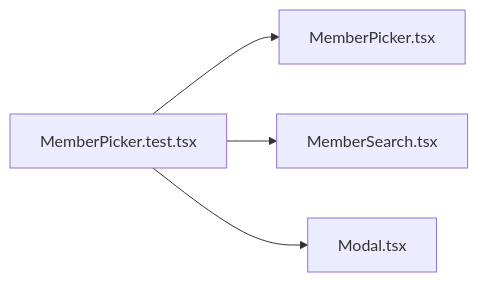
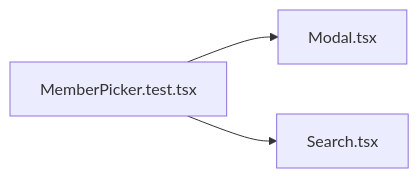
One commit to minkong-dev/Banblit changed the diagram in .cluedoc/graph/frontend/src/components/MemberPicker.test.md. Above: the diagram before and after it, drawn with Mermaid. The commit also changed other lines of this file and 78 other files, not shown here.

Commit message:
frontend: merge single-function files into Board, Profile, Search, controls, loading and pipeline

````diff
--- a/.cluedoc/graph/frontend/src/components/MemberPicker.test.md
+++ b/.cluedoc/graph/frontend/src/components/MemberPicker.test.md
@@ -10,7 +10,6 @@
 ```mermaid
 flowchart LR
   frontend_src_components_MemberPicker_test["MemberPicker.test.tsx"]
-  frontend_src_components_MemberPicker_test --> frontend_src_components_MemberPicker["MemberPicker.tsx"]
-  frontend_src_components_MemberPicker_test --> frontend_src_components_MemberSearch["MemberSearch.tsx"]
   frontend_src_components_MemberPicker_test --> frontend_src_components_Modal["Modal.tsx"]
+  frontend_src_components_MemberPicker_test --> frontend_src_components_Search["Search.tsx"]
 ```
````
